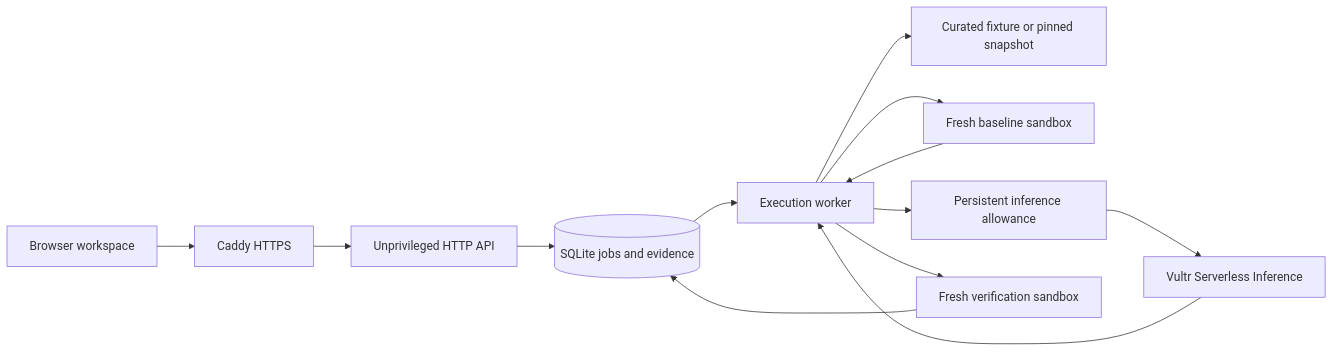
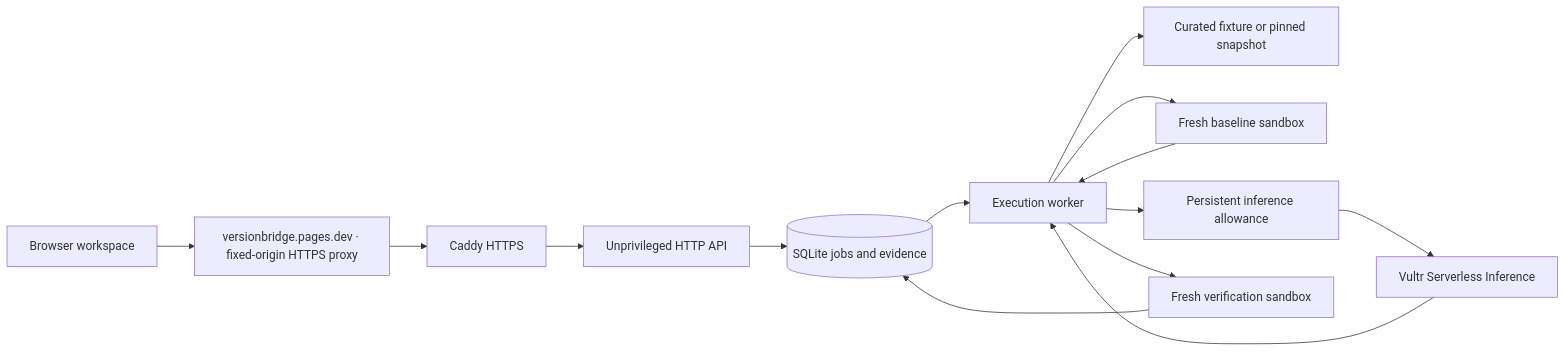
Before and after one commit to Hari-Aditya-003/versionbridge-ai: the diagram in ARCHITECTURE.md, drawn with Mermaid. The commit also changed other lines of this file and 12 other files, not shown here.

Commit message:
docs: publish final silent walkthrough, architecture and live QA evidence

````diff
--- a/ARCHITECTURE.md
+++ b/ARCHITECTURE.md
@@ -5,15 +5,16 @@
 ```mermaid
 flowchart LR
-    Browser[Browser workspace] --> HTTPS[Caddy HTTPS]
+    Browser[Browser workspace] --> Edge[versionbridge.pages.dev · fixed-origin HTTPS proxy]
+    Edge --> HTTPS[Caddy HTTPS]
     HTTPS --> Web[Unprivileged HTTP API]
     Web --> DB[(SQLite jobs and evidence)]
     DB --> Worker[Execution worker]
     Worker --> Source[Curated fixture or pinned snapshot]
     Worker --> Baseline[Fresh baseline sandbox]
     Baseline --> Worker
     Worker --> Budget[Persistent inference allowance]
     Budget --> Model[Vultr Serverless Inference]
     Model --> Worker
     Worker --> Verify[Fresh verification sandbox]
     Verify --> DB
 ```
````
